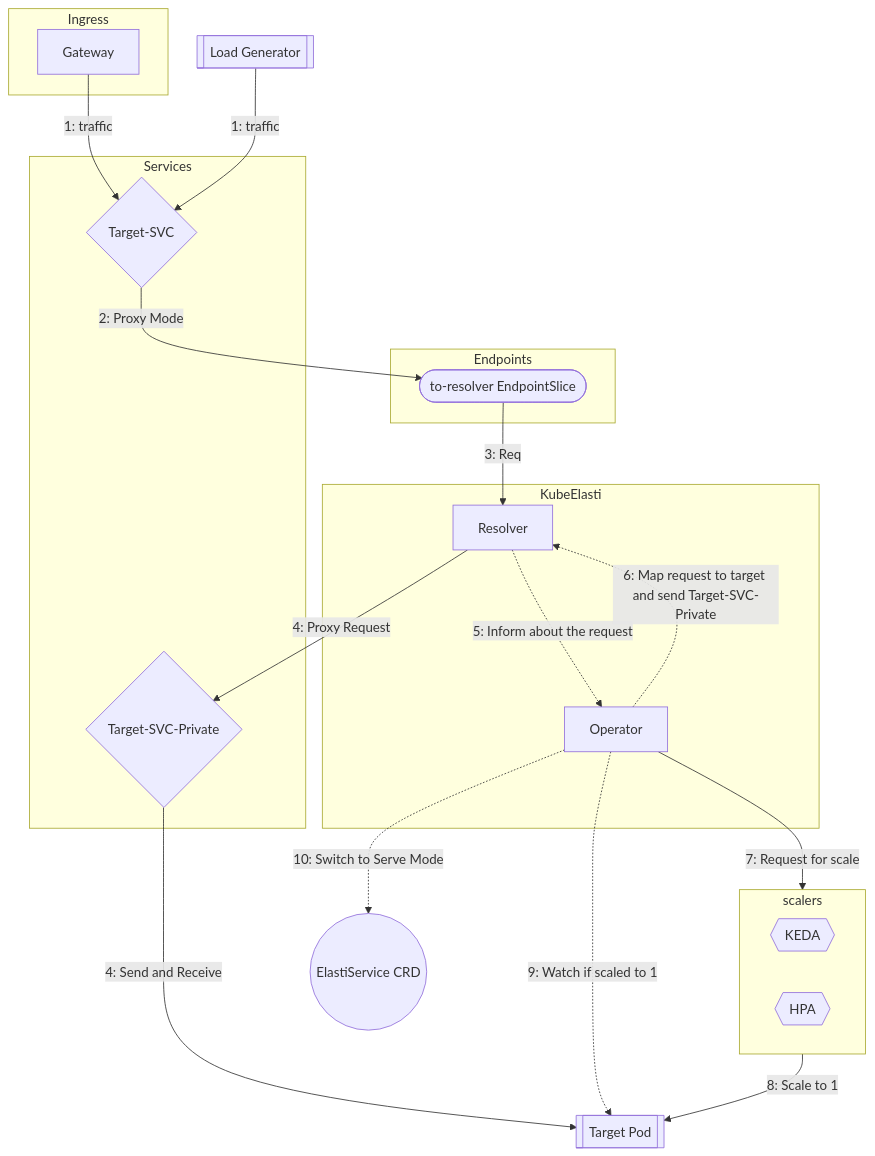
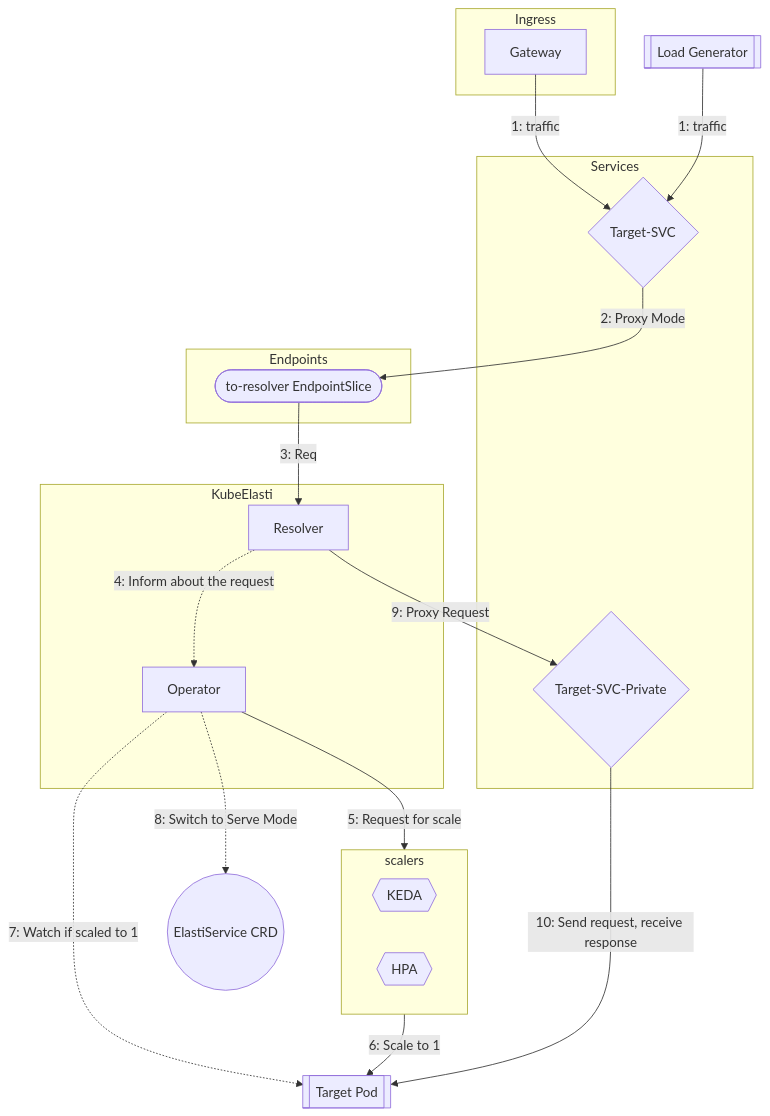
Before and after one commit to truefoundry/elasti: the third of 3 diagrams in docs/src/arch-architecture.md, drawn with Mermaid. The commit also changed other lines of this file and 15 other files, not shown here.

````diff
--- a/docs/src/arch-architecture.md
+++ b/docs/src/arch-architecture.md
@@ -63,49 +81,48 @@
 ```mermaid
 flowchart TB
 
   LoadGen[[Load Generator]]
   subgraph Ingress
     Gateway[Gateway]
   end
 
   subgraph CONTROL_PLANE ["KubeElasti"]
     Operator[Operator]
     Resolver[Resolver]
   end
 
   subgraph Services
     TargetSVC{Target-SVC}
     TargetSVC_PVT{Target-SVC-Private}
   end
 
   subgraph ENDPOINTS ["Endpoints"]
     ResEPS([to-resolver EndpointSlice])
   end
 
 
   subgraph scalers ["scalers"]
     Keda{{"KEDA"}}
     HPA{{"HPA"}}
   end
 
   Pod[[Target Pod]]
   ESCRD((ElastiService CRD))
 
   Gateway -->|1: traffic| TargetSVC
   LoadGen -->|1: traffic| TargetSVC
 
   TargetSVC -->|2: Proxy Mode| ResEPS 
 
   %% === Proxy Flow ===
   ResEPS -->|3: Req| Resolver
-  Resolver -->|4: Proxy Request| TargetSVC_PVT 
-  TargetSVC_PVT-->|4: Send and Receive| Pod
-  Resolver -. "5: Inform about the request" .-> Operator
-  Operator -. "6: Map request to target and send Target-SVC-Private" .-> Resolver
+  Resolver -. "4: Inform about the request" .-> Operator
 
   %% === Operator & Control Logic ===
-  Operator --> |7: Request for scale| scalers
-  scalers --> |8: Scale to 1| Pod
-  Operator -. "9: Watch if scaled to 1" .-> Pod
-  Operator -. "10: Switch to Serve Mode" .-> ESCRD
+  Operator --> |5: Request for scale| scalers
+  scalers --> |6: Scale to 1| Pod
+  Operator -. "7: Watch if scaled to 1" .-> Pod
+  Operator -. "8: Switch to Serve Mode" .-> ESCRD
+  Resolver -->|9: Proxy Request| TargetSVC_PVT 
+  TargetSVC_PVT-->|10: Send request, receive response| Pod
 ```
````
